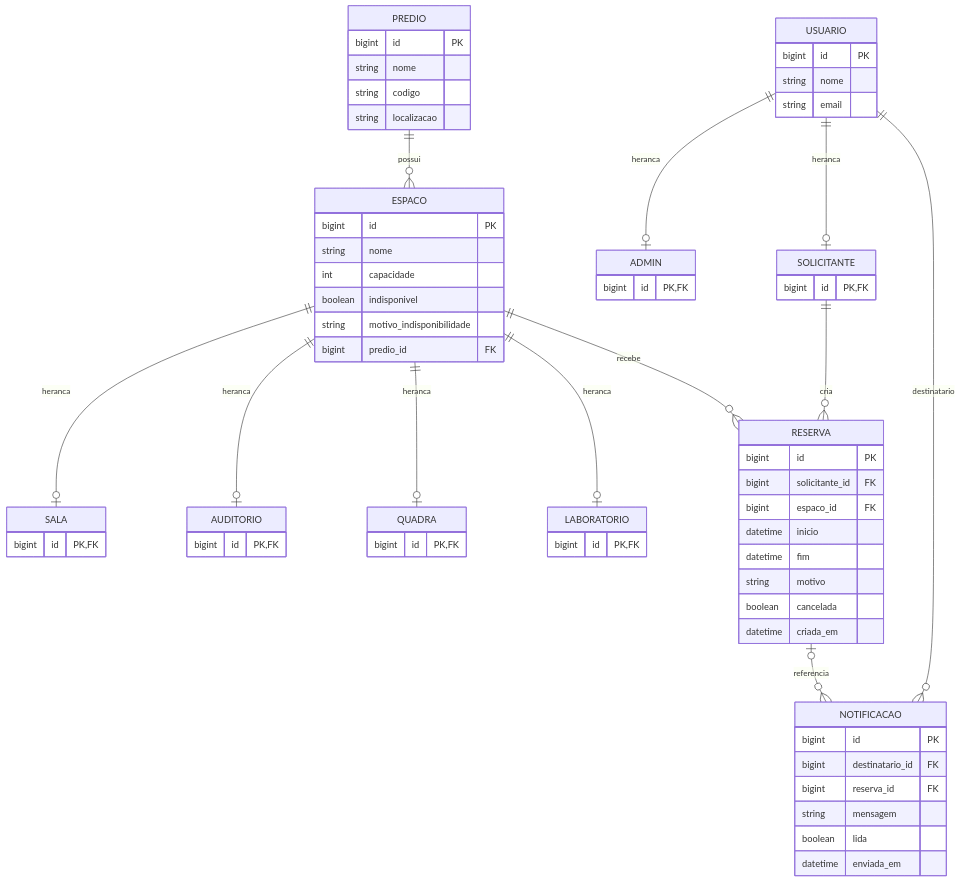
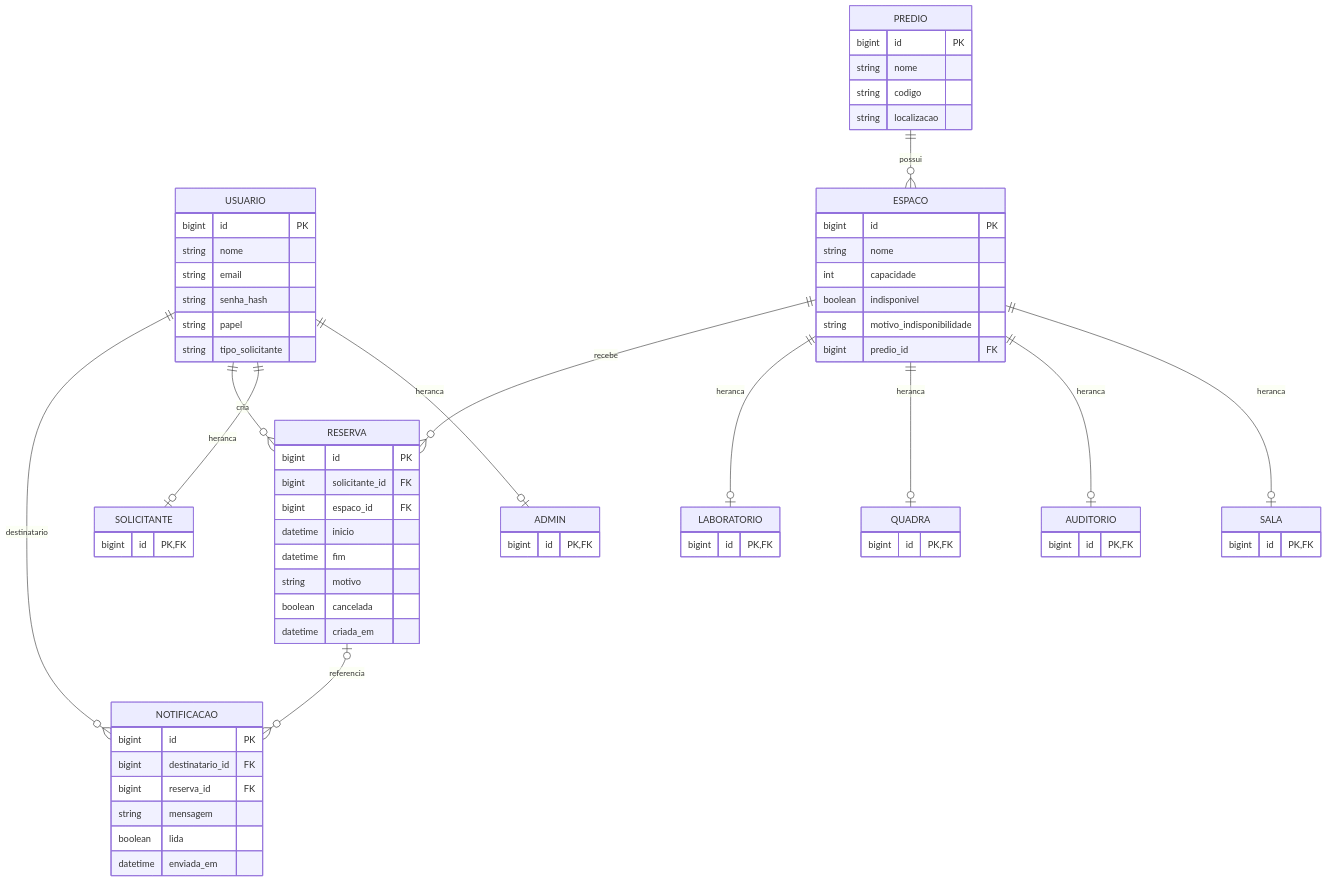
One commit to djairofilho/classroom-scheduling-back changed the diagram in README.md. Above: the diagram before and after it, drawn with Mermaid. The commit also changed other lines of this file, not shown here.

```diff
--- a/README.md
+++ b/README.md
@@ -65,6 +67,9 @@
         bigint id PK
         string nome
         string email
+        string senha_hash
+        string papel
+        string tipo_solicitante
     }
 
     ADMIN {
@@ -136,7 +141,7 @@
     ESPACO ||--o| LABORATORIO : heranca
 
     PREDIO ||--o{ ESPACO : possui
-    SOLICITANTE ||--o{ RESERVA : cria
+    USUARIO ||--o{ RESERVA : cria
     ESPACO ||--o{ RESERVA : recebe
     USUARIO ||--o{ NOTIFICACAO : destinatario
     RESERVA o|--o{ NOTIFICACAO : referencia
```
